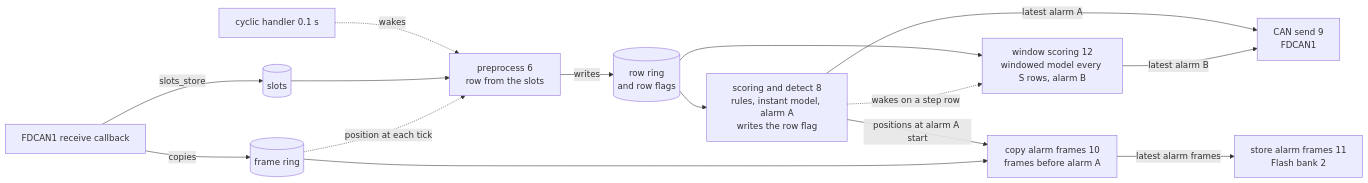
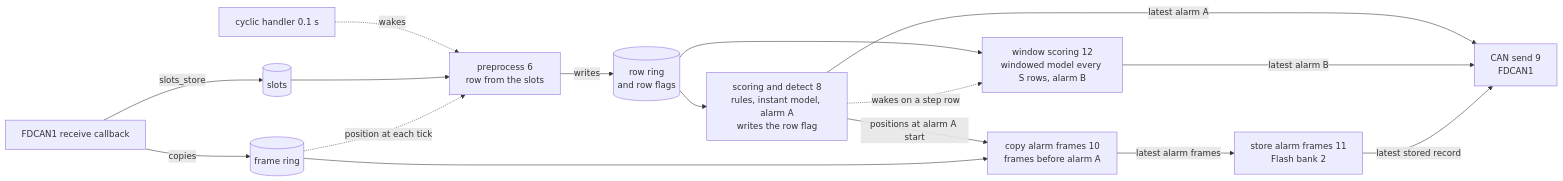
The diagram in board/docs/goal_window.md (asana17/ai_can_anomaly_detection), drawn with Mermaid before and after one commit. The commit also changed 13 other files, not shown here.

````diff
--- a/board/docs/goal_window.md
+++ b/board/docs/goal_window.md
@@ -88,17 +88,18 @@
 ```mermaid
 flowchart LR
     irq["FDCAN1 receive callback"] -- slots_store --> slots[(slots)]
     irq -- copies --> frames[(frame ring)]
     tick[cyclic handler 0.1 s] -. wakes .-> pre
     slots --> pre["preprocess 6<br/>row from the slots"]
     frames -. position at each tick .-> pre
     pre -- writes --> ring[(row ring<br/>and row flags)]
     ring --> sd["scoring and detect 8<br/>rules, instant model, alarm A<br/>writes the row flag"]
     ring --> win["window scoring 12<br/>windowed model every S rows, alarm B"]
     sd -. wakes on a step row .-> win
     sd -- latest alarm A --> can["CAN send 9<br/>FDCAN1"]
     win -- latest alarm B --> can
     sd -- positions at alarm A start --> copy["copy alarm frames 10<br/>frames before alarm A"]
     frames --> copy
     copy -- latest alarm frames --> store["store alarm frames 11<br/>Flash bank 2"]
+    store -- latest stored record --> can
 ```
````
